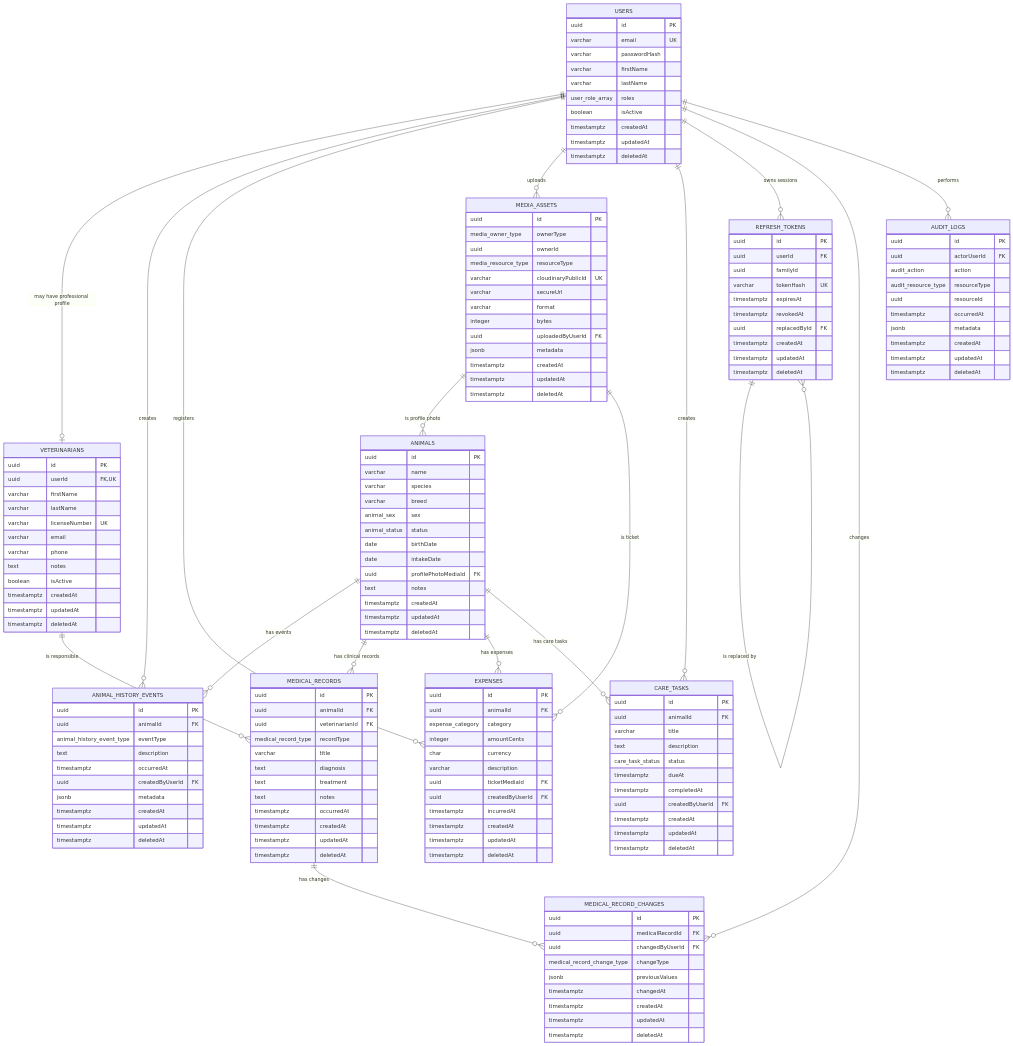
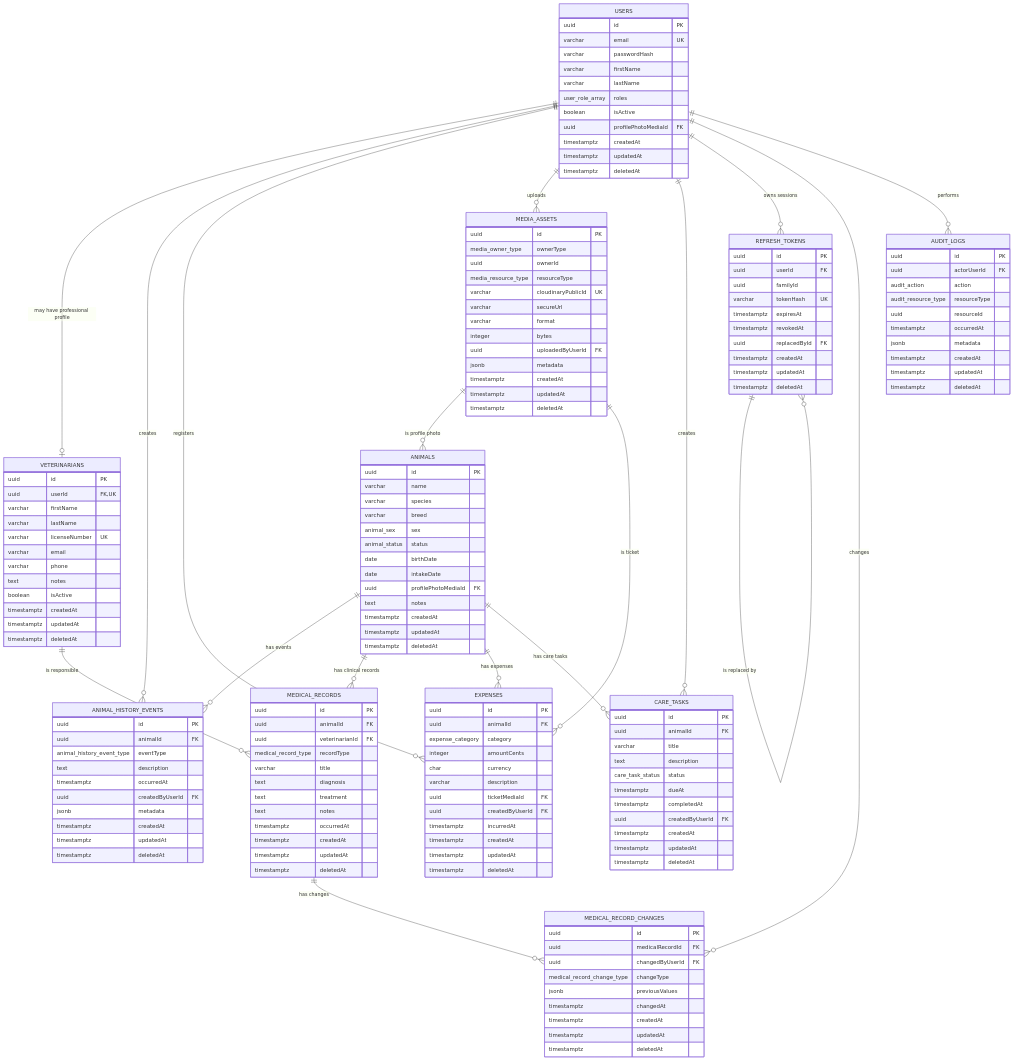
The diagram in architecture.md (andresborregoit/refugiapp), drawn with Mermaid before and after one commit. The commit also changed other lines of this file and 29 other files, not shown here.

```diff
--- a/architecture.md
+++ b/architecture.md
@@ -951,6 +960,7 @@
         varchar lastName
         user_role_array roles
         boolean isActive
+        uuid profilePhotoMediaId FK
         timestamptz createdAt
         timestamptz updatedAt
         timestamptz deletedAt
```
